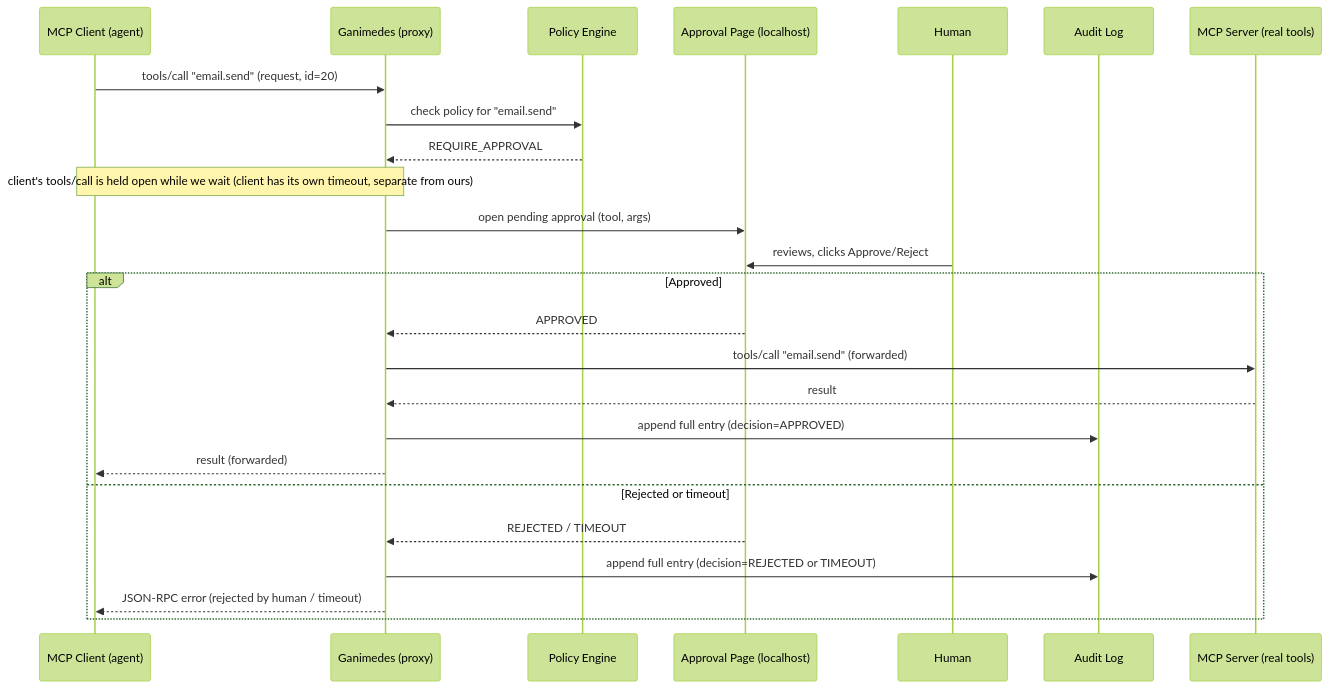
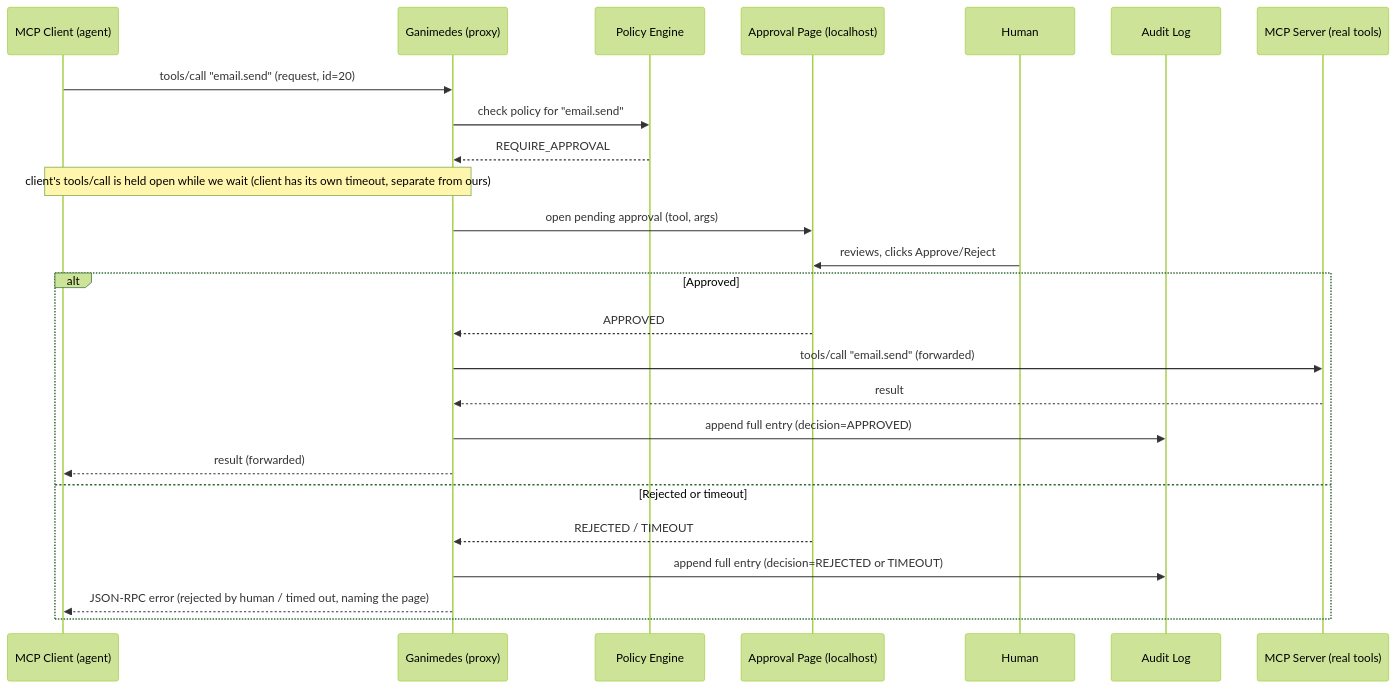
The fourth of 4 diagrams in docs/SEQUENCES.md (Jegoba90/Ganimedes-Project), drawn with Mermaid (forest theme) before and after one commit. The commit also changed other lines of this file and 10 other files, not shown here.

````diff
--- a/docs/SEQUENCES.md
+++ b/docs/SEQUENCES.md
@@ -106,29 +106,29 @@
 ```mermaid
 sequenceDiagram
     participant C as MCP Client (agent)
     participant G as Ganimedes (proxy)
     participant P as Policy Engine
     participant H as Approval Page (localhost)
     participant U as Human
     participant A as Audit Log
     participant S as MCP Server (real tools)
 
     C->>G: tools/call "email.send" (request, id=20)
     G->>P: check policy for "email.send"
     P-->>G: REQUIRE_APPROVAL
     Note over C,G: client's tools/call is held open while we wait (client has its own timeout, separate from ours)
     G->>H: open pending approval (tool, args)
     U->>H: reviews, clicks Approve/Reject
 
     alt Approved
         H-->>G: APPROVED
         G->>S: tools/call "email.send" (forwarded)
         S-->>G: result
         G->>A: append full entry (decision=APPROVED)
         G-->>C: result (forwarded)
     else Rejected or timeout
         H-->>G: REJECTED / TIMEOUT
         G->>A: append full entry (decision=REJECTED or TIMEOUT)
-        G-->>C: JSON-RPC error (rejected by human / timeout)
+        G-->>C: JSON-RPC error (rejected by human / timed out, naming the page)
     end
 ```
````
